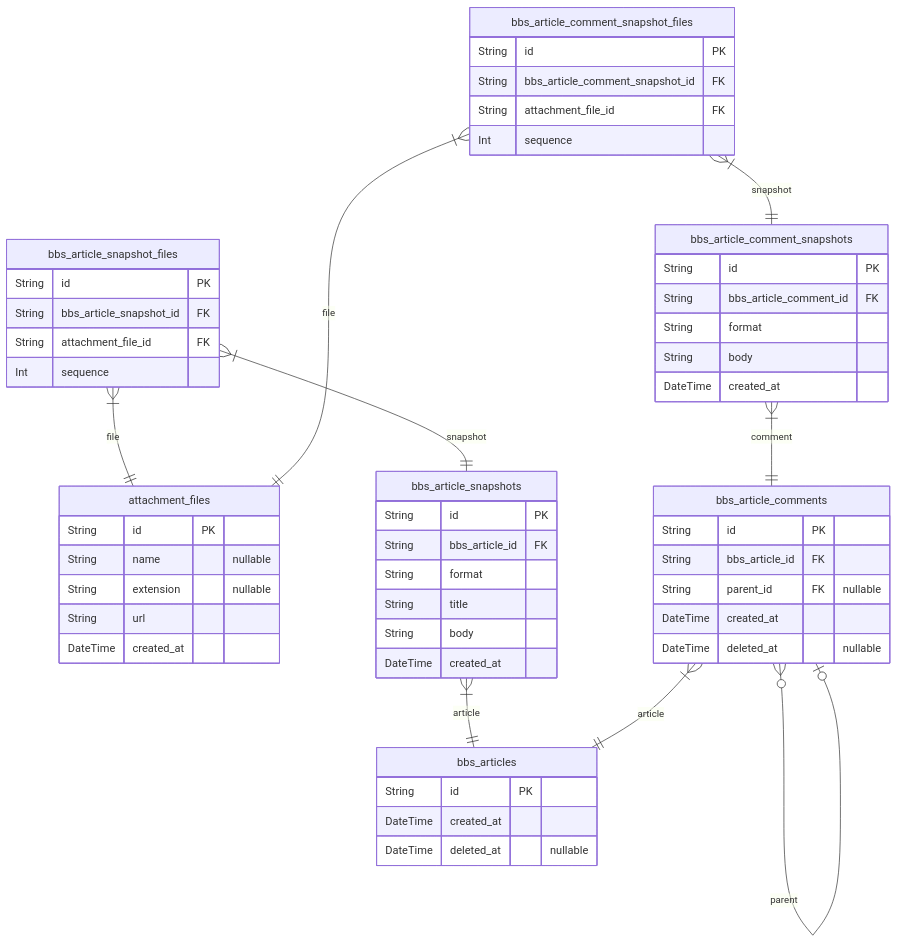
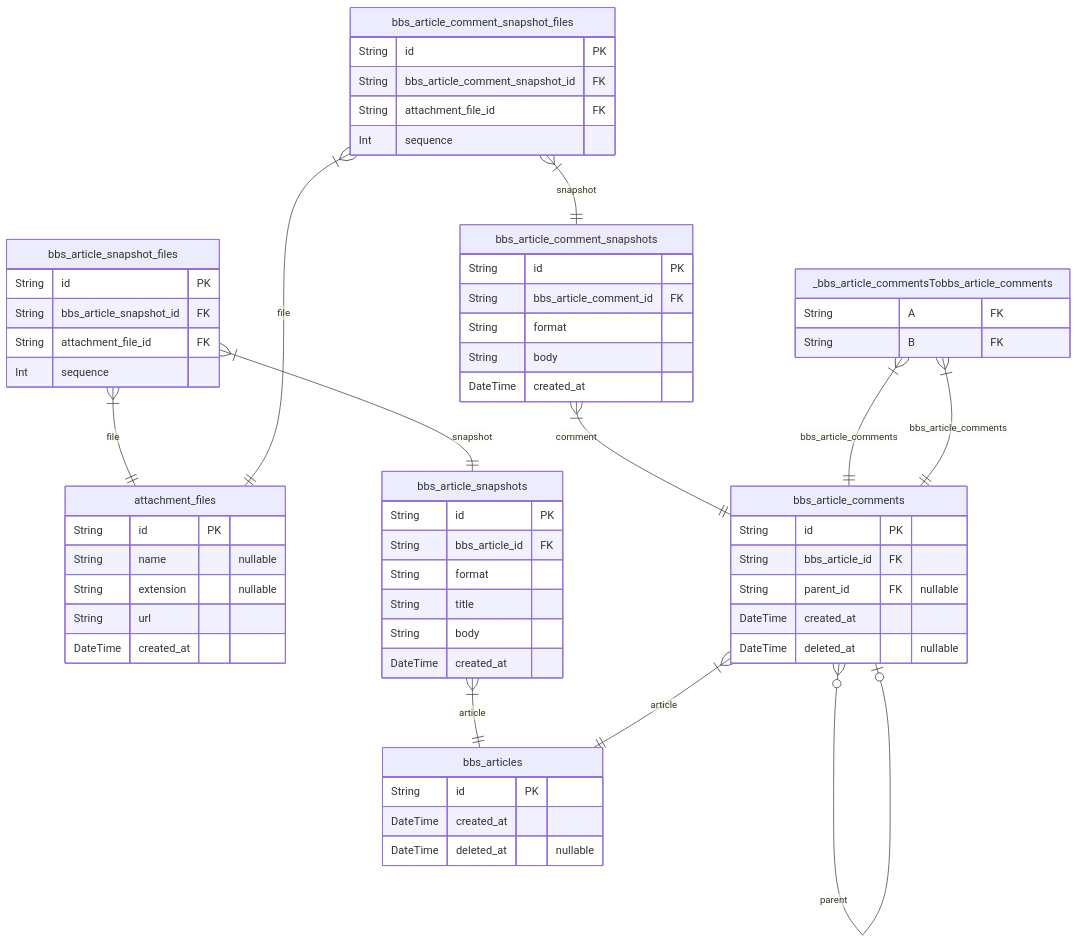
One commit to samchon/backend changed the diagram in docs/ERD.md. Above: the diagram before and after it, drawn with Mermaid. The commit also changed other lines of this file and 9 other files, not shown here.

````diff
--- a/docs/ERD.md
+++ b/docs/ERD.md
@@ -8,57 +8,63 @@
 ```mermaid
 erDiagram
-attachment_files {
+"attachment_files" {
     String id PK
     String name "nullable"
     String extension "nullable"
     String url
     DateTime created_at
 }
-bbs_articles {
+"bbs_articles" {
     String id PK
     DateTime created_at
     DateTime deleted_at "nullable"
 }
-bbs_article_snapshots {
+"bbs_article_snapshots" {
     String id PK
     String bbs_article_id FK
     String format
     String title
     String body
     DateTime created_at
 }
-bbs_article_snapshot_files {
+"bbs_article_snapshot_files" {
     String id PK
     String bbs_article_snapshot_id FK
     String attachment_file_id FK
     Int sequence
 }
-bbs_article_comments {
+"bbs_article_comments" {
     String id PK
     String bbs_article_id FK
     String parent_id FK "nullable"
     DateTime created_at
     DateTime deleted_at "nullable"
 }
-bbs_article_comment_snapshots {
+"bbs_article_comment_snapshots" {
     String id PK
     String bbs_article_comment_id FK
     String format
     String body
     DateTime created_at
 }
-bbs_article_comment_snapshot_files {
+"bbs_article_comment_snapshot_files" {
     String id PK
     String bbs_article_comment_snapshot_id FK
     String attachment_file_id FK
     Int sequence
 }
-bbs_article_snapshots }|--|| bbs_articles : article
-bbs_article_snapshot_files }|--|| bbs_article_snapshots : snapshot
-bbs_article_snapshot_files }|--|| attachment_files : file
-bbs_article_comments }|--|| bbs_articles : article
-bbs_article_comments }o--o| bbs_article_comments : parent
-bbs_article_comment_snapshots }|--|| bbs_article_comments : comment
-bbs_article_comment_snapshot_files }|--|| bbs_article_comment_snapshots : snapshot
-bbs_article_comment_snapshot_files }|--|| attachment_files : file
+"_bbs_article_commentsTobbs_article_comments" {
+    String A FK
+    String B FK
+}
+"bbs_article_snapshots" }|--|| "bbs_articles" : article
+"bbs_article_snapshot_files" }|--|| "bbs_article_snapshots" : snapshot
+"bbs_article_snapshot_files" }|--|| "attachment_files" : file
+"bbs_article_comments" }|--|| "bbs_articles" : article
+"bbs_article_comments" }o--o| "bbs_article_comments" : parent
+"bbs_article_comment_snapshots" }|--|| "bbs_article_comments" : comment
+"bbs_article_comment_snapshot_files" }|--|| "bbs_article_comment_snapshots" : snapshot
+"bbs_article_comment_snapshot_files" }|--|| "attachment_files" : file
+"_bbs_article_commentsTobbs_article_comments" }|--|| "bbs_article_comments" : bbs_article_comments
+"_bbs_article_commentsTobbs_article_comments" }|--|| "bbs_article_comments" : bbs_article_comments
 ```
````
